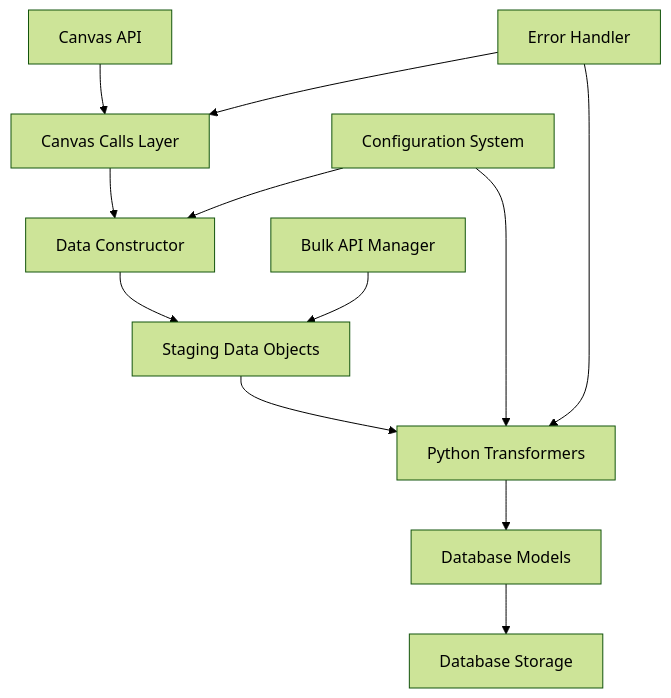
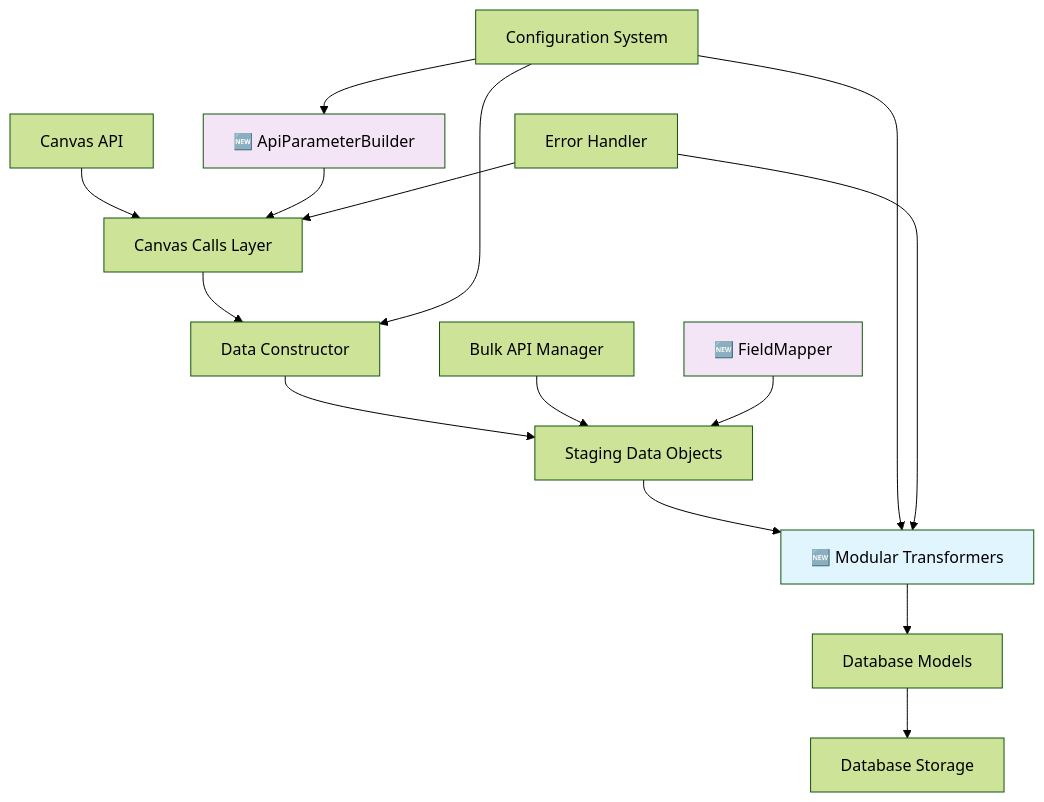
The diagram in docs/development/Pipeline-Implementation-Guide.md (Tdawg-development/Canvas-Tracker-V3), drawn with Mermaid (forest theme) before and after one commit. The commit also changed other lines of this file and 15 other files, not shown here.

````diff
--- a/docs/development/Pipeline-Implementation-Guide.md
+++ b/docs/development/Pipeline-Implementation-Guide.md
@@ -24,15 +36,22 @@
 ```mermaid
 graph TD
     A[Canvas API] --> B[Canvas Calls Layer]
     B --> C[Data Constructor]
     C --> D[Staging Data Objects]
-    D --> E[Python Transformers]
+    D --> E[🆕 Modular Transformers]
     E --> F[Database Models]
     F --> G[Database Storage]
     
     H[Bulk API Manager] --> D
     I[Configuration System] --> C
     I --> E
+    I --> K[🆕 ApiParameterBuilder]
+    K --> B
+    L[🆕 FieldMapper] --> D
     J[Error Handler] --> B
     J --> E
+    
+    style E fill:#e1f5fe
+    style K fill:#f3e5f5
+    style L fill:#f3e5f5
 ```
````
